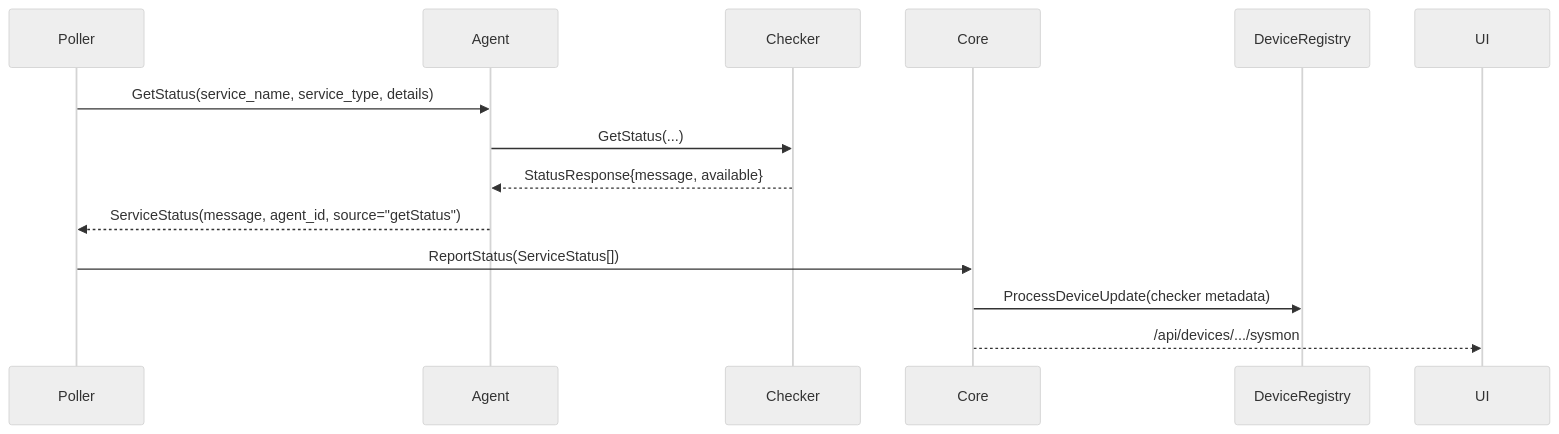
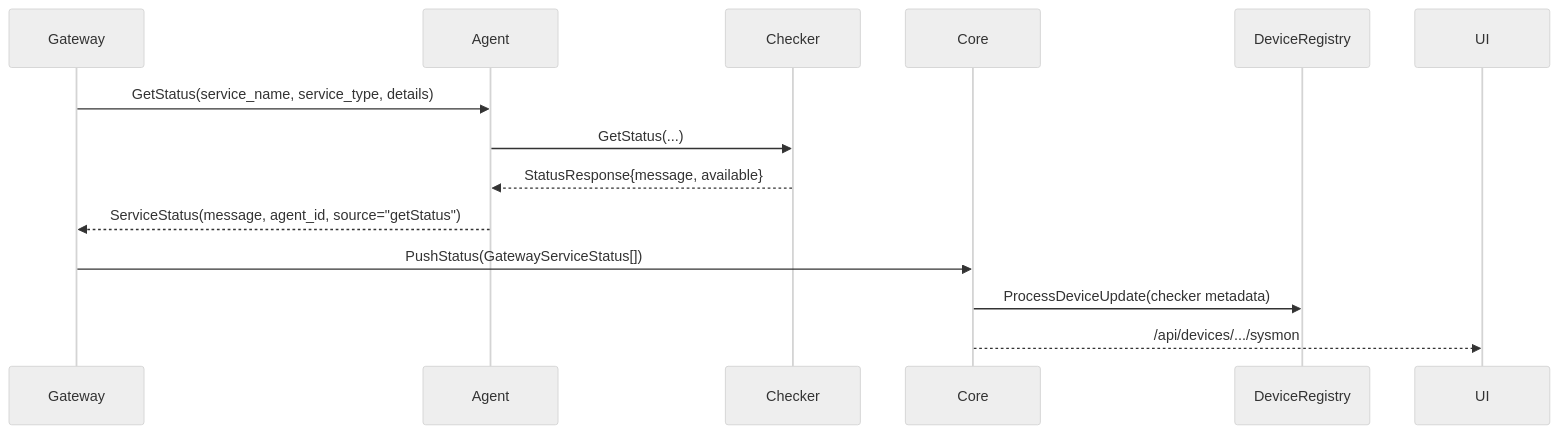
Before and after one commit to carverauto/serviceradar: the second of 2 diagrams in docs/docs/custom-checkers.md, drawn with Mermaid (neutral theme). The commit also changed other lines of this file and 643 other files, not shown here.

````diff
--- a/docs/docs/custom-checkers.md
+++ b/docs/docs/custom-checkers.md
@@ -43,10 +43,10 @@
 ```mermaid
 sequenceDiagram
-    Poller->>Agent: GetStatus(service_name, service_type, details)
+    Gateway->>Agent: GetStatus(service_name, service_type, details)
     Agent->>Checker: GetStatus(...)
     Checker-->>Agent: StatusResponse{message, available}
-    Agent-->>Poller: ServiceStatus(message, agent_id, source="getStatus")
-    Poller->>Core: ReportStatus(ServiceStatus[])
+    Agent-->>Gateway: ServiceStatus(message, agent_id, source="getStatus")
+    Gateway->>Core: PushStatus(GatewayServiceStatus[])
     Core->>DeviceRegistry: ProcessDeviceUpdate(checker metadata)
     Core-->>UI: /api/devices/.../sysmon
 ```
````
